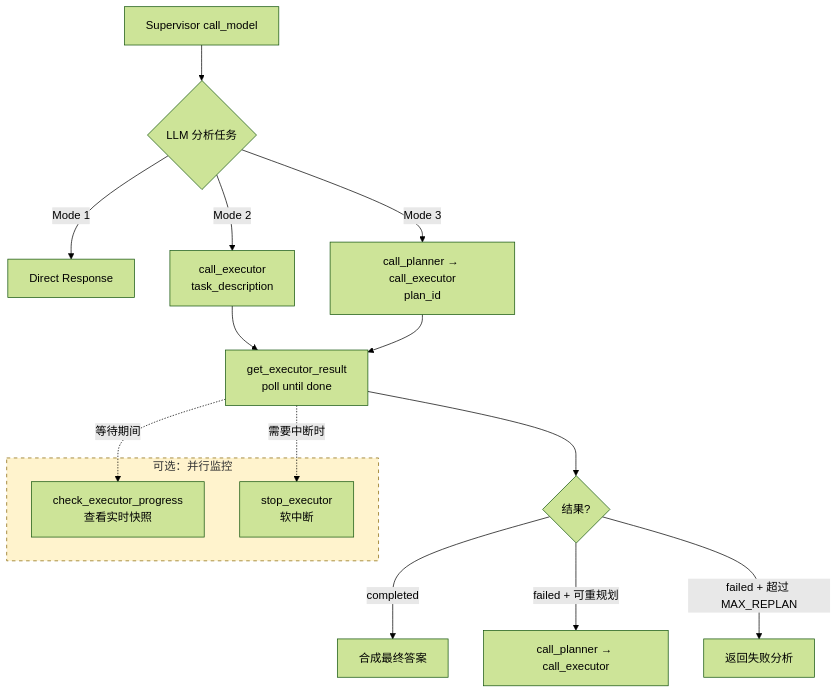
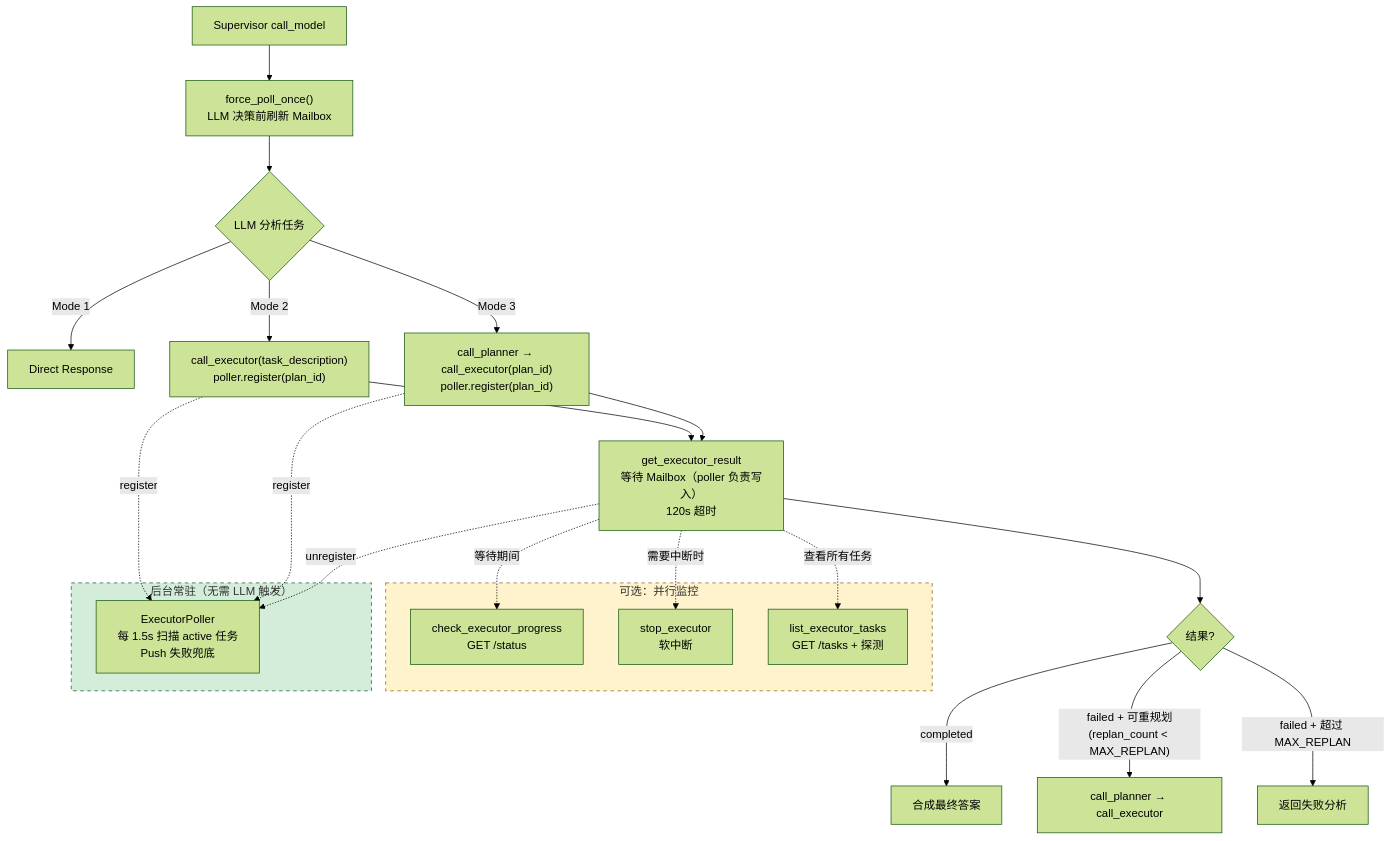
One commit to Tlaven/agent-triad changed the seventh of 8 diagrams in docs/v3-architecture-diagrams.md. Above: the diagram before and after it, drawn with Mermaid (forest theme). The commit also changed other lines of this file and 58 other files, not shown here.

````diff
--- a/docs/v3-architecture-diagrams.md
+++ b/docs/v3-architecture-diagrams.md
@@ -272,25 +324,37 @@
 ```mermaid
 flowchart TD
-    A[Supervisor call_model] --> B{LLM 分析任务}
+    A[Supervisor call_model] --> A0["force_poll_once()<br/>LLM 决策前刷新 Mailbox"]
+    A0 --> B{LLM 分析任务}
     B -->|Mode 1| C[Direct Response]
-    B -->|Mode 2| D[call_executor<br/>task_description]
-    B -->|Mode 3| E[call_planner → call_executor<br/>plan_id]
+    B -->|Mode 2| D["call_executor(task_description)<br/>poller.register(plan_id)"]
+    B -->|Mode 3| E["call_planner → call_executor(plan_id)<br/>poller.register(plan_id)"]
 
-    D --> F[get_executor_result<br/>poll until done]
+    D --> F["get_executor_result<br/>等待 Mailbox（poller 负责写入）<br/>120s 超时"]
     E --> F
 
     F --> G{结果?}
     G -->|completed| H[合成最终答案]
-    G -->|failed + 可重规划| I[call_planner → call_executor]
-    G -->|failed + 超过 MAX_REPLAN| J[返回失败分析]
+    G -->|"failed + 可重规划<br/>(replan_count < MAX_REPLAN)"| I[call_planner → call_executor]
+    G -->|"failed + 超过 MAX_REPLAN"| J[返回失败分析]
 
     subgraph Optional["可选：并行监控"]
-        K[check_executor_progress<br/>查看实时快照]
-        L[stop_executor<br/>软中断]
+        K["check_executor_progress<br/>GET /status"]
+        L["stop_executor<br/>软中断"]
+        M["list_executor_tasks<br/>GET /tasks + 探测"]
     end
 
     F -.->|等待期间| K
     F -.->|需要中断时| L
+    F -.->|查看所有任务| M
+
+    subgraph Background["后台常驻（无需 LLM 触发）"]
+        N["ExecutorPoller<br/>每 1.5s 扫描 active 任务<br/>Push 失败兜底"]
+    end
+
+    D -.->|register| N
+    E -.->|register| N
+    F -.->|unregister| N
 
     style Optional fill:#fff3cd,stroke:#856404,stroke-dasharray: 5 5
+    style Background fill:#d4edda,stroke:#155724,stroke-dasharray: 5 5
 ```
````
